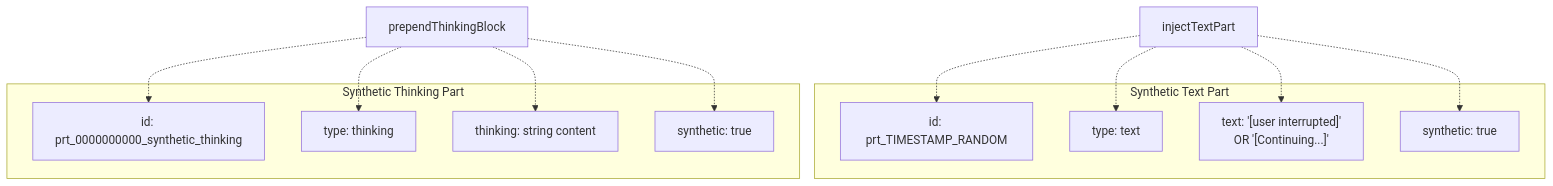
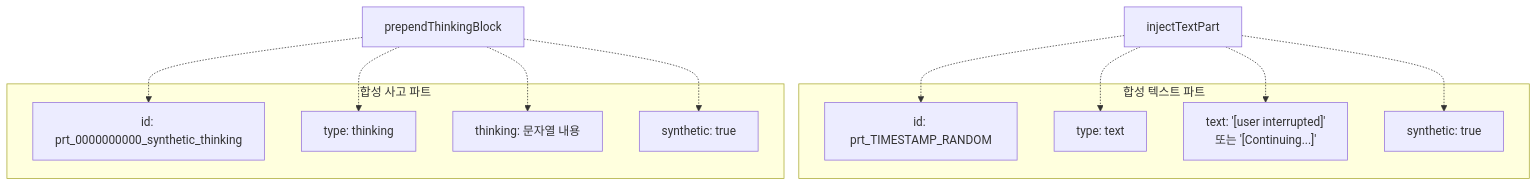
The eighth of 10 diagrams in docs/reliability/message-validation.md (felipetruman/oh-my-opencode-docs), drawn with Mermaid before and after one commit. The commit also changed other lines of this file and 76 other files, not shown here.

````diff
--- a/docs/reliability/message-validation.md
+++ b/docs/reliability/message-validation.md
@@ -376,37 +376,37 @@
 ```mermaid
 flowchart TD
 
 ThinkingID["id: prt_0000000000_synthetic_thinking"]
 ThinkingType["type: thinking"]
-ThinkingContent["thinking: string content"]
+ThinkingContent["thinking: 문자열 내용"]
 ThinkingFlag["synthetic: true"]
 TextID["id: prt_TIMESTAMP_RANDOM"]
 TextType["type: text"]
-TextContent["text: '[user interrupted]'<br>OR '[Continuing...]'"]
+TextContent["text: '[user interrupted]'<br>또는 '[Continuing...]'"]
 TextFlag["synthetic: true"]
 PrependThinking["prependThinkingBlock"]
 InjectText["injectTextPart"]
 
 PrependThinking -.-> ThinkingID
 PrependThinking -.-> ThinkingType
 PrependThinking -.-> ThinkingContent
 PrependThinking -.-> ThinkingFlag
 InjectText -.-> TextID
 InjectText -.-> TextType
 InjectText -.-> TextContent
 InjectText -.-> TextFlag
 
-subgraph subGraph1 ["Synthetic Text Part"]
+subgraph subGraph1 ["합성 텍스트 파트"]
     TextID
     TextType
     TextContent
     TextFlag
 end
 
-subgraph subGraph0 ["Synthetic Thinking Part"]
+subgraph subGraph0 ["합성 사고 파트"]
     ThinkingID
     ThinkingType
     ThinkingContent
     ThinkingFlag
 end
 ```
````
